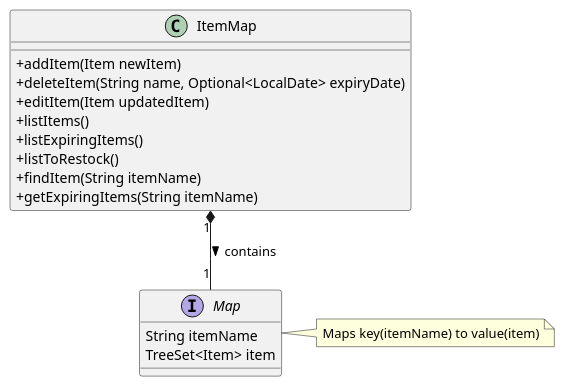
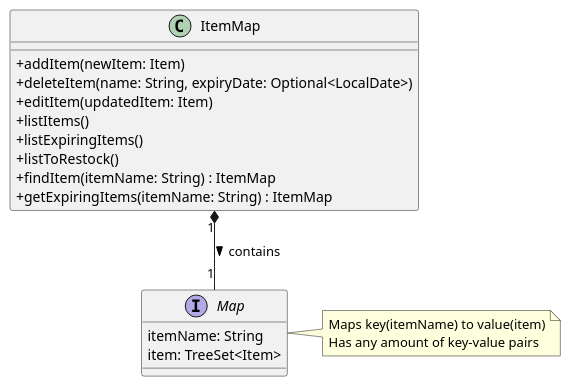
One commit to yijiano/tp changed the diagram in docs/diagrams/ItemMap-ClassDiagram.puml. Above: the diagram before and after it, drawn with PlantUML. The commit also changed 3 other files, not shown here.

Commit message:
Fix incorrect Item and ItemMap class diagrams

```diff
--- a/docs/diagrams/ItemMap-ClassDiagram.puml
+++ b/docs/diagrams/ItemMap-ClassDiagram.puml
@@ -1,21 +1,25 @@
 @startuml
 
-class ItemMap
-interface Map
 skinparam classAttributeIconSize 0
 
+class ItemMap {
+    + addItem(newItem: Item)
+    + deleteItem(name: String, expiryDate: Optional<LocalDate>)
+    + editItem(updatedItem: Item)
+    + listItems()
+    + listExpiringItems()
+    + listToRestock()
+    + findItem(itemName: String) : ItemMap
+    + getExpiringItems(itemName: String) : ItemMap
+}
+
 ItemMap "1" *-- "1" Map : contains >
-ItemMap : + addItem(Item newItem)
-ItemMap : + deleteItem(String name, Optional<LocalDate> expiryDate)
-ItemMap : + editItem(Item updatedItem)
-ItemMap : + listItems()
-ItemMap : + listExpiringItems()
-ItemMap : + listToRestock()
-ItemMap : + findItem(String itemName)
-ItemMap : + getExpiringItems(String itemName)
 
-note right of Map : Maps key(itemName) to value(item)
-Map : String itemName
-Map : TreeSet<Item> item
+interface Map {
+    itemName: String
+    item: TreeSet<Item>
+}
+
+note right of Map : Maps key(itemName) to value(item)\nHas any amount of key-value pairs
 
 @enduml
```
